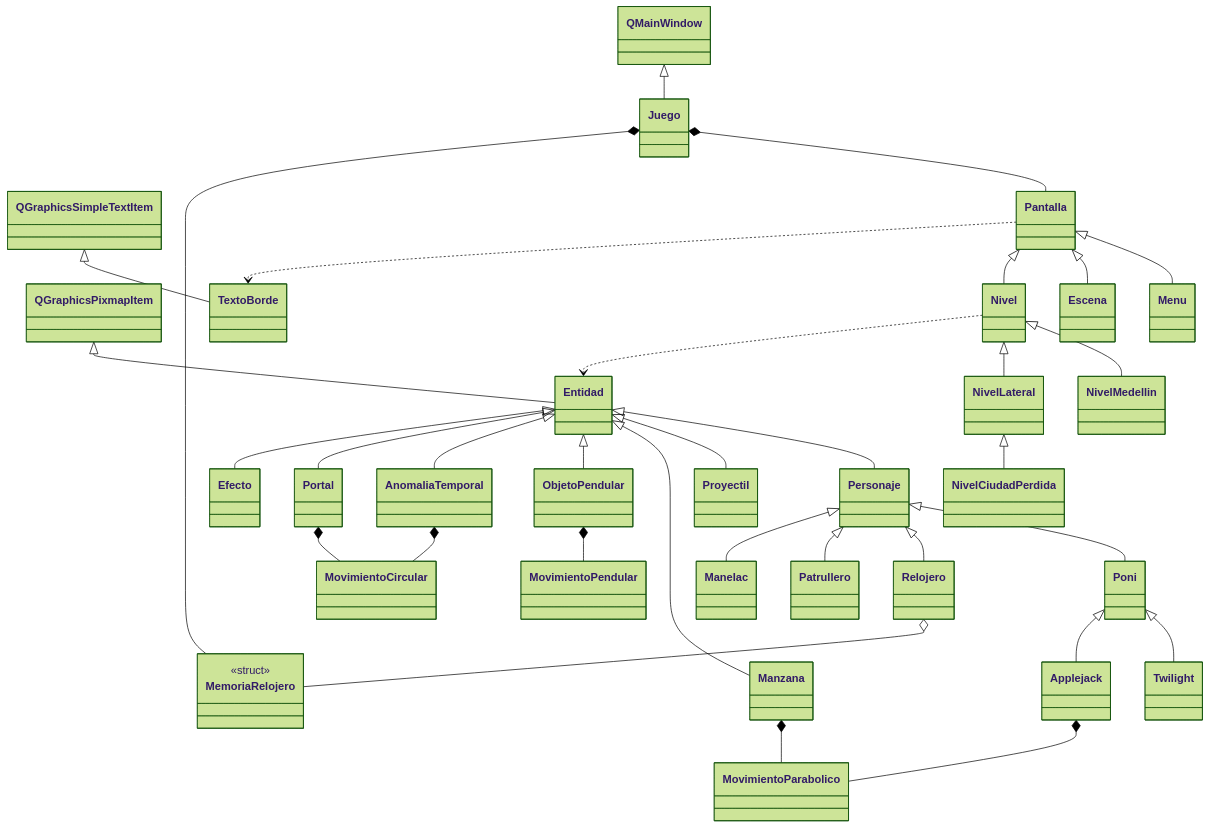
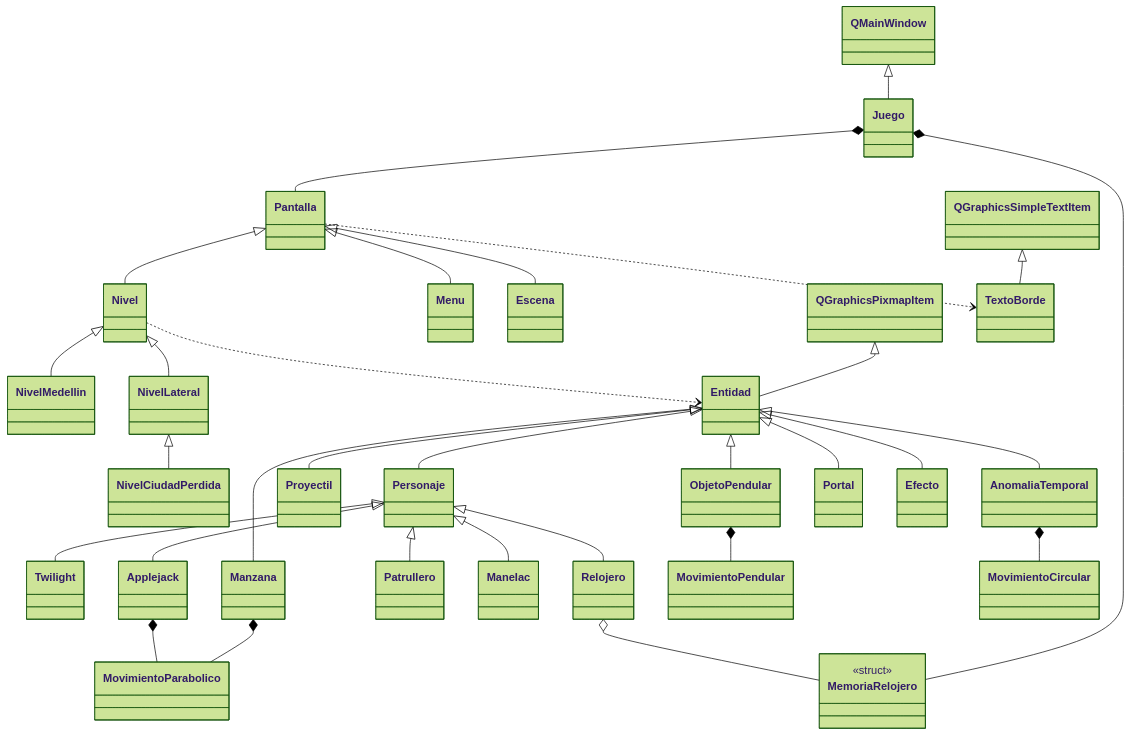
One commit to atunon-collab/Proyecto-final-My-Little-Pony-rumbo-a-la-ciudad-perdida-El-asesinato-de-Pablo-Escobar changed the diagram in Juego/diagramas/diagrama_resumido.mmd. Above: the diagram before and after it, drawn with Mermaid (forest theme). The commit also changed 9 other files, not shown here.

Commit message:
Twilight y Applejack heredan de Personaje: quito Poni y actualizo los diagramas

```diff
--- a/Juego/diagramas/diagrama_resumido.mmd
+++ b/Juego/diagramas/diagrama_resumido.mmd
@@ -1,67 +1,64 @@
 classDiagram
 direction TB
 class QMainWindow
 class QGraphicsPixmapItem
 class QGraphicsSimpleTextItem
 class Juego
 class Pantalla
 class Menu
 class Escena
 class Nivel
 class NivelMedellin
 class NivelLateral
 class NivelCiudadPerdida
 class TextoBorde
 class Entidad
 class Personaje
-class Poni
 class Twilight
 class Applejack
 class Relojero
 class Patrullero
 class ManeIac
 class Proyectil
 class Manzana
 class ObjetoPendular
 class AnomaliaTemporal
 class Portal
 class Efecto
 class MovimientoParabolico
 class MovimientoPendular
 class MovimientoCircular
 class MemoriaRelojero {
   <<struct>>
 }
 
 QMainWindow <|-- Juego
 Juego *-- Pantalla
 Juego *-- MemoriaRelojero
 Pantalla <|-- Menu
 Pantalla <|-- Escena
 Pantalla <|-- Nivel
 Nivel <|-- NivelMedellin
 Nivel <|-- NivelLateral
 NivelLateral <|-- NivelCiudadPerdida
 QGraphicsSimpleTextItem <|-- TextoBorde
 Pantalla ..> TextoBorde
 QGraphicsPixmapItem <|-- Entidad
 Nivel ..> Entidad
 Entidad <|-- Personaje
 Entidad <|-- Proyectil
 Entidad <|-- Manzana
 Entidad <|-- ObjetoPendular
 Entidad <|-- AnomaliaTemporal
 Entidad <|-- Portal
 Entidad <|-- Efecto
-Personaje <|-- Poni
 Personaje <|-- Relojero
 Personaje <|-- Patrullero
 Personaje <|-- ManeIac
-Poni <|-- Twilight
-Poni <|-- Applejack
+Personaje <|-- Twilight
+Personaje <|-- Applejack
 Manzana *-- MovimientoParabolico
 Applejack *-- MovimientoParabolico
 ObjetoPendular *-- MovimientoPendular
 AnomaliaTemporal *-- MovimientoCircular
-Portal *-- MovimientoCircular
 Relojero o-- MemoriaRelojero
```
